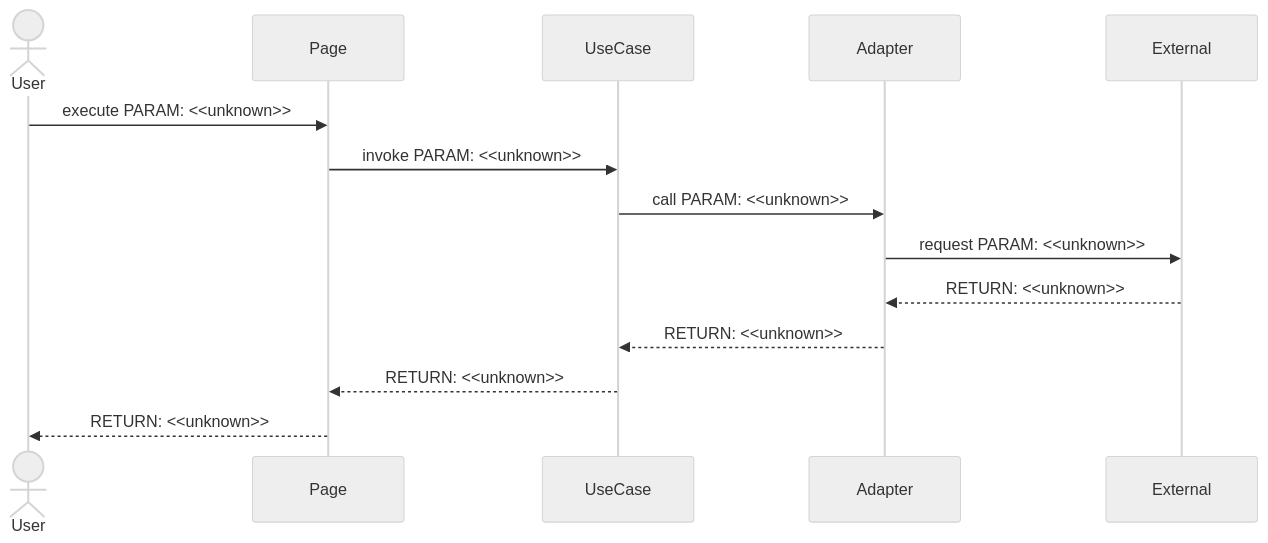
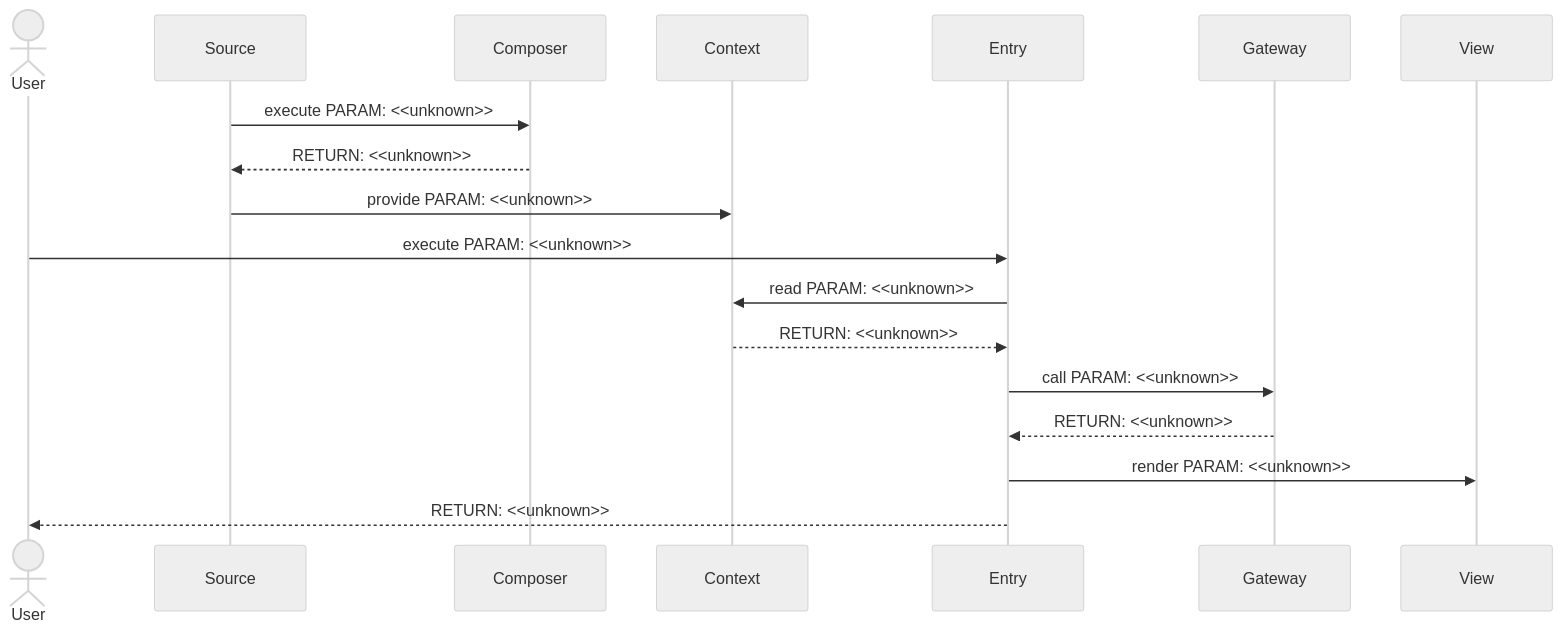
Before and after one commit to LevelCapTech/Agile-PMBOK-Assist: the first of 18 diagrams in .github/copilot/80-templates/implementation-plan.md, drawn with Mermaid (neutral theme). The commit also changed other lines of this file and 3 other files, not shown here.

````diff
--- a/.github/copilot/80-templates/implementation-plan.md
+++ b/.github/copilot/80-templates/implementation-plan.md
@@ -377,17 +415,21 @@
 ```mermaid
 sequenceDiagram
   actor User
-  participant Page
-  participant UseCase
-  participant Adapter
-  participant External
+  participant Source
+  participant Composer
+  participant Context
+  participant Entry
+  participant Gateway
+  participant View
 
-  User->>Page: execute PARAM: <<unknown>>
-  Page->>UseCase: invoke PARAM: <<unknown>>
-  UseCase->>Adapter: call PARAM: <<unknown>>
-  Adapter->>External: request PARAM: <<unknown>>
-  External-->>Adapter: RETURN: <<unknown>>
-  Adapter-->>UseCase: RETURN: <<unknown>>
-  UseCase-->>Page: RETURN: <<unknown>>
-  Page-->>User: RETURN: <<unknown>>
+  Source->>Composer: execute PARAM: <<unknown>>
+  Composer-->>Source: RETURN: <<unknown>>
+  Source->>Context: provide PARAM: <<unknown>>
+  User->>Entry: execute PARAM: <<unknown>>
+  Entry->>Context: read PARAM: <<unknown>>
+  Context-->>Entry: RETURN: <<unknown>>
+  Entry->>Gateway: call PARAM: <<unknown>>
+  Gateway-->>Entry: RETURN: <<unknown>>
+  Entry->>View: render PARAM: <<unknown>>
+  Entry-->>User: RETURN: <<unknown>>
 ```
````
